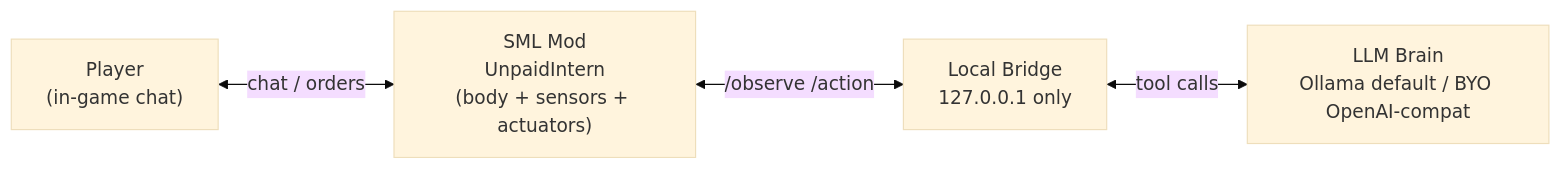
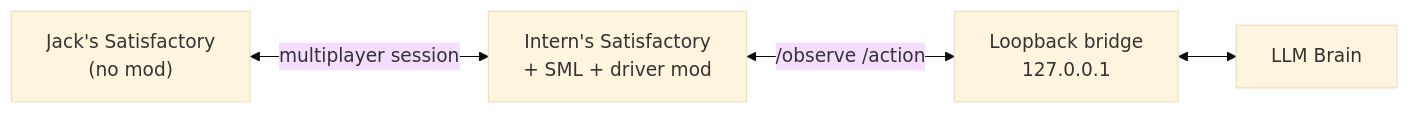
Before and after one commit to Jack-Reason/unpaid-intern: the diagram in README.md, drawn with Mermaid (base theme). The commit also changed other lines of this file and 26 other files, not shown here.

First line of the commit message:
feat(adr-0006): second licence + client-side driver mod

````diff
--- a/README.md
+++ b/README.md
@@ -24,11 +30,11 @@
 ```mermaid
 flowchart LR
-  Player["Player<br/>(in-game chat)"]
-  Mod["SML Mod<br/>UnpaidIntern<br/>(body + sensors + actuators)"]
-  Bridge["Local Bridge<br/>127.0.0.1 only"]
-  Brain["LLM Brain<br/>Ollama default / BYO OpenAI-compat"]
+  JackGame["Jack's Satisfactory\n(no mod)"]
+  InternGame["Intern's Satisfactory\n+ SML + driver mod"]
+  Bridge["Loopback bridge\n127.0.0.1"]
+  Brain["LLM Brain"]
 
-  Player <-->|"chat / orders"| Mod
-  Mod <-->|"/observe /action"| Bridge
-  Bridge <-->|"tool calls"| Brain
+  JackGame <-->|"multiplayer session"| InternGame
+  InternGame <-->|"/observe /action"| Bridge
+  Bridge <--> Brain
 ```
````
